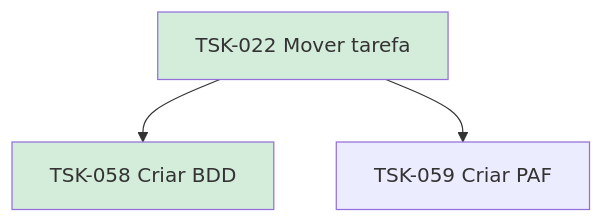
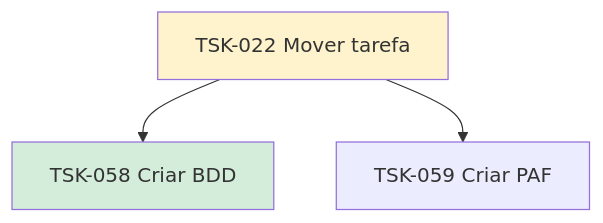
The diagram in flow/tasks/TSK-001-criar-epico/TSK-002-criar-as-historias/TSK-005-gantt/TSK-022-mover-tarefa-dragdrop/README.md (laerciogermano/workstation), drawn with Mermaid before and after one commit. The commit also changed other lines of this file and 53 other files, not shown here.

````diff
--- a/flow/tasks/TSK-001-criar-epico/TSK-002-criar-as-historias/TSK-005-gantt/TSK-022-mover-tarefa-dragdrop/README.md
+++ b/flow/tasks/TSK-001-criar-epico/TSK-002-criar-as-historias/TSK-005-gantt/TSK-022-mover-tarefa-dragdrop/README.md
@@ -12,10 +12,10 @@
 ```mermaid
 flowchart TD
   T022[TSK-022 Mover tarefa]
   T058[TSK-058 Criar BDD]
   T059[TSK-059 Criar PAF]
   T022 --> T058
   T022 --> T059
-  style T022 fill:#d4edda
+  style T022 fill:#fff3cd
   style T058 fill:#d4edda
 ```
````
